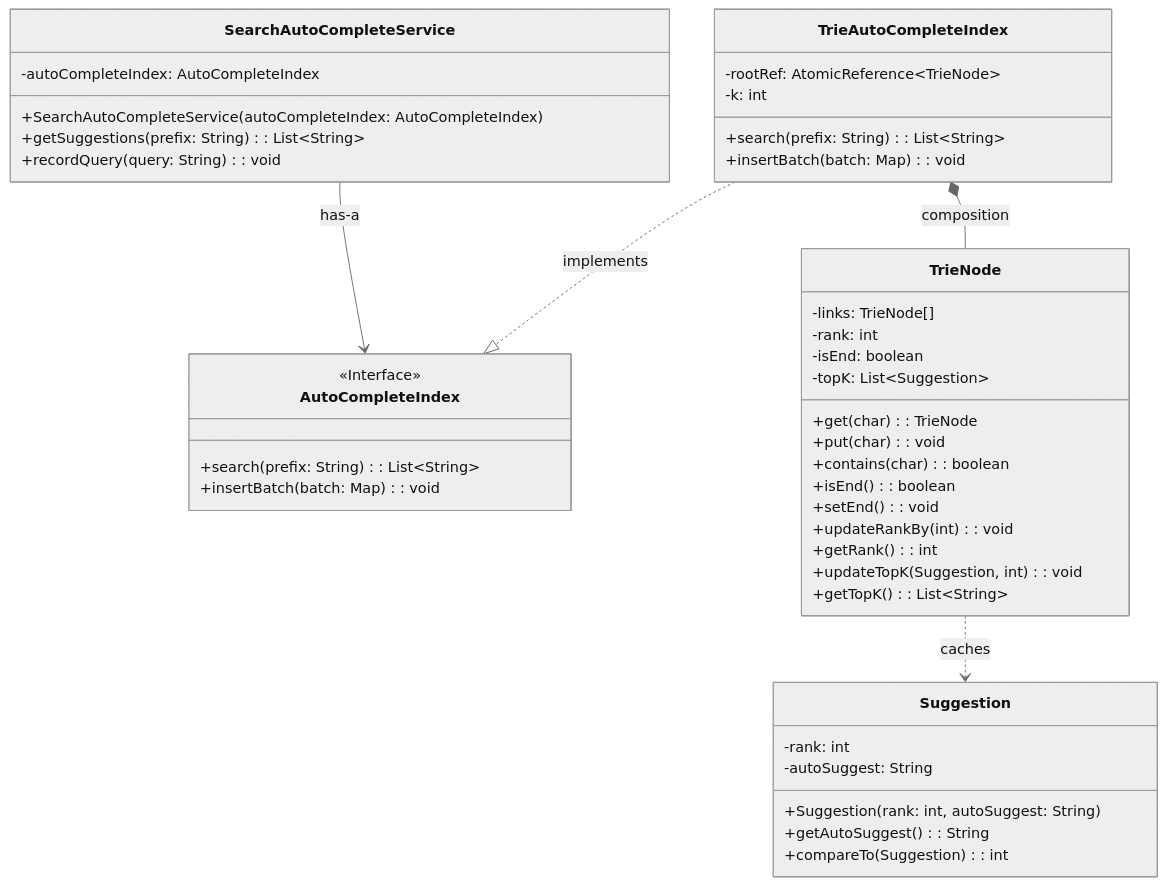
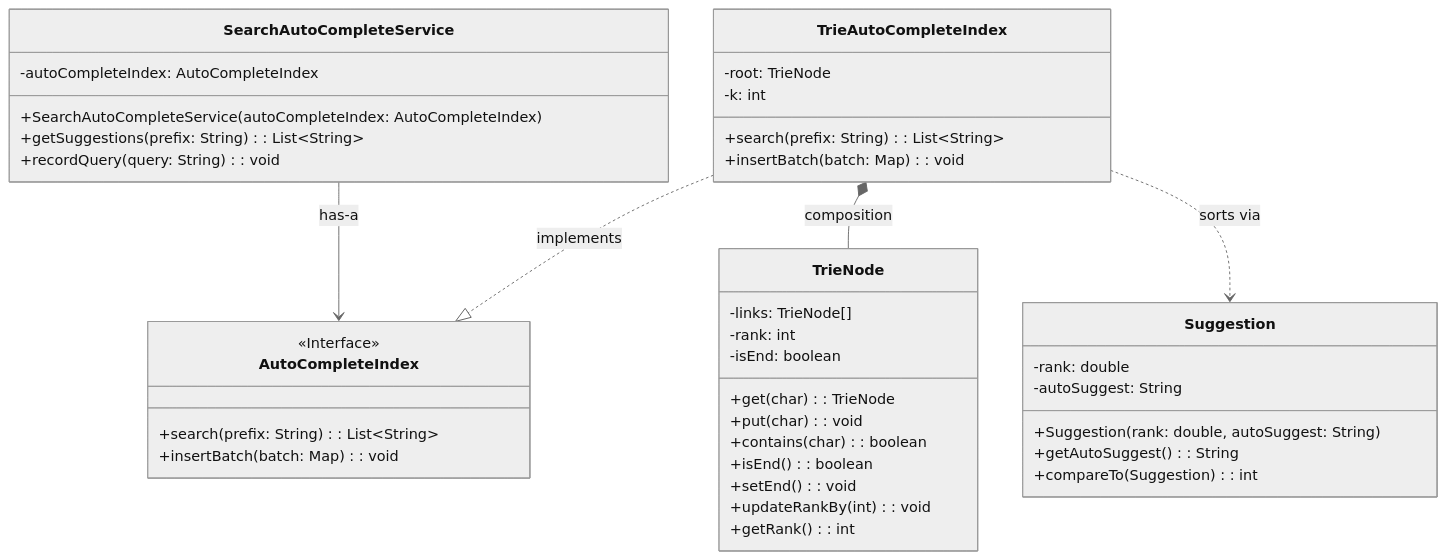
Before and after one commit to JyotimoyKashyap/system-design-labs: the first of 6 diagrams in apps/web/src/content/lld/search-auto-complete.md, drawn with Mermaid (neutral theme). The commit also changed other lines of this file and 1 other file, not shown here.

````diff
--- a/apps/web/src/content/lld/search-auto-complete.md
+++ b/apps/web/src/content/lld/search-auto-complete.md
@@ -118,51 +110,48 @@
 ```mermaid
 classDiagram
     class AutoCompleteIndex {
         <<Interface>>
         +search(prefix: String): List~String~
         +insertBatch(batch: Map): void
     }
 
     class SearchAutoCompleteService {
         -autoCompleteIndex: AutoCompleteIndex
         +SearchAutoCompleteService(autoCompleteIndex: AutoCompleteIndex)
         +getSuggestions(prefix: String): List~String~
         +recordQuery(query: String): void
     }
 
     class TrieAutoCompleteIndex {
-        -rootRef: AtomicReference~TrieNode~
+        -root: TrieNode
         -k: int
         +search(prefix: String): List~String~
         +insertBatch(batch: Map): void
     }
 
     class TrieNode {
         -links: TrieNode[]
         -rank: int
         -isEnd: boolean
-        -topK: List~Suggestion~
         +get(char): TrieNode
         +put(char): void
         +contains(char): boolean
         +isEnd(): boolean
         +setEnd(): void
         +updateRankBy(int): void
         +getRank(): int
-        +updateTopK(Suggestion, int): void
-        +getTopK(): List~String~
     }
 
     class Suggestion {
-        -rank: int
+        -rank: double
         -autoSuggest: String
-        +Suggestion(rank: int, autoSuggest: String)
+        +Suggestion(rank: double, autoSuggest: String)
         +getAutoSuggest(): String
         +compareTo(Suggestion): int
     }
 
     SearchAutoCompleteService --> AutoCompleteIndex : has-a
     TrieAutoCompleteIndex ..|> AutoCompleteIndex : implements
     TrieAutoCompleteIndex *-- TrieNode : composition
-    TrieNode ..> Suggestion : caches
+    TrieAutoCompleteIndex ..> Suggestion : sorts via
 ```
````
